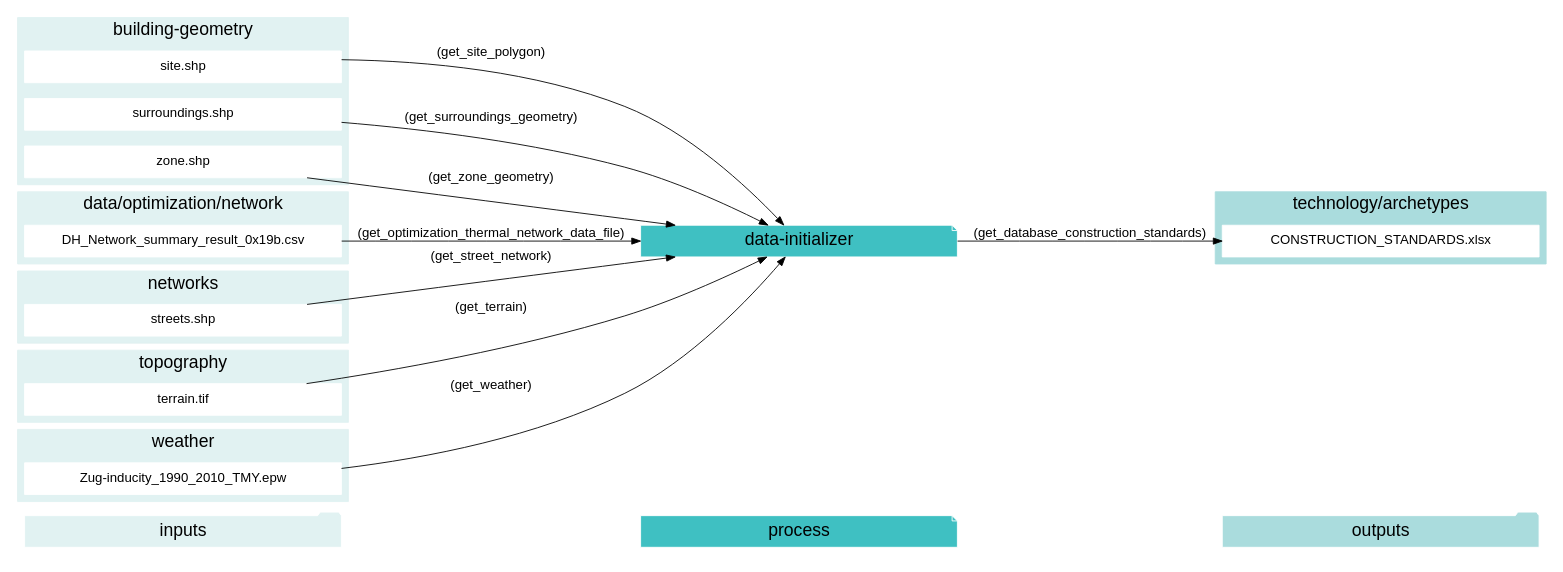
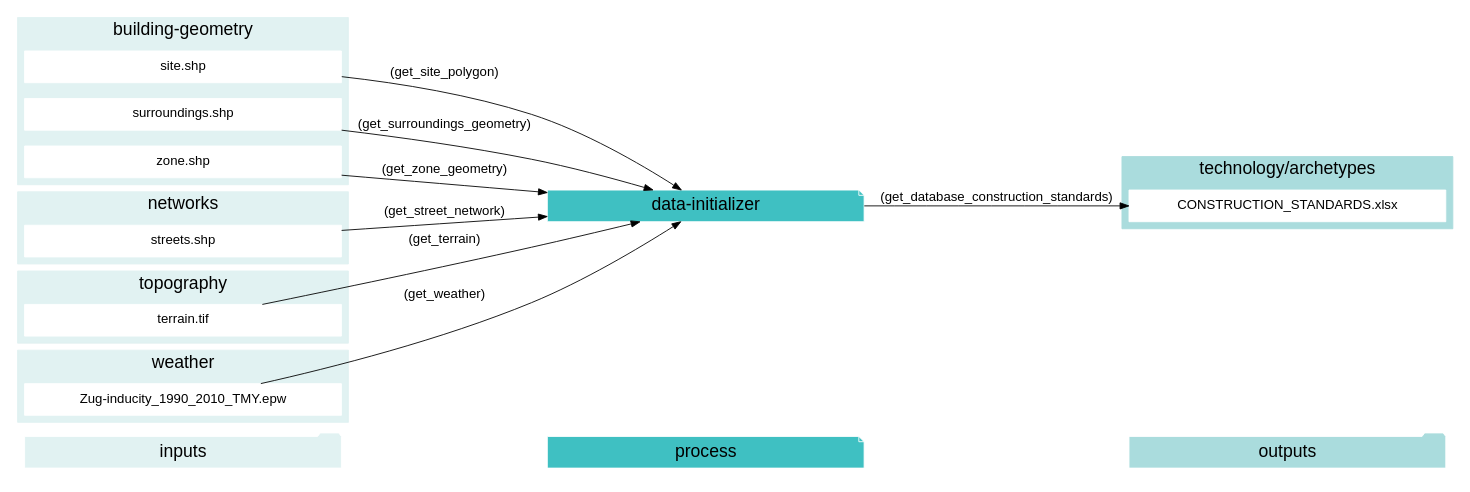
One commit to architecture-building-systems/CityEnergyAnalyst changed the diagram in docs/graphviz/data-initializer.gv. Above: the diagram before and after it, drawn with Graphviz. The commit also changed 25 other files, not shown here.

Commit message:
working on the graphviz output

```diff
--- a/docs/graphviz/data-initializer.gv
+++ b/docs/graphviz/data-initializer.gv
@@ -1,75 +1,66 @@
 digraph trace_inputlocator {
     rankdir="LR";
     graph [overlap=false, fontname=arial];
     node [shape=box, style=filled, color=white, fontsize=15, fontname=arial, fixedsize=true, width=5];
     edge [fontname=arial, fontsize = 15]
     newrank=true
     subgraph cluster_legend {
     fontsize=25
     style=invis
     "process"[style=filled, fillcolor="#3FC0C2", shape=note, fontsize=20, fontname="arial"]
     "inputs" [style=filled, shape=folder, color=white, fillcolor="#E1F2F2", fontsize=20]
     "outputs"[style=filled, shape=folder, color=white, fillcolor="#aadcdd", fontsize=20]
     "inputs"->"process"[style=invis]
     "process"->"outputs"[style=invis]
     }
     "data-initializer"[style=filled, color=white, fillcolor="#3FC0C2", shape=note, fontsize=20, fontname=arial];
     subgraph cluster_0_in {
         style = filled;
         color = "#E1F2F2";
         fontsize = 20;
         rank=same;
         label="building-geometry";
         "site.shp"
         "surroundings.shp"
         "zone.shp"
     }
     subgraph cluster_1_in {
         style = filled;
         color = "#E1F2F2";
         fontsize = 20;
         rank=same;
-        label="data/optimization/network";
-        "DH_Network_summary_result_0x19b.csv"
-    }
-    subgraph cluster_2_in {
-        style = filled;
-        color = "#E1F2F2";
-        fontsize = 20;
-        rank=same;
         label="networks";
         "streets.shp"
     }
-    subgraph cluster_3_out {
+    subgraph cluster_2_out {
         style = filled;
         color = "#aadcdd";
         fontsize = 20;
         rank=same;
         label="technology/archetypes";
         "CONSTRUCTION_STANDARDS.xlsx"
     }
-    subgraph cluster_4_in {
+    subgraph cluster_3_in {
         style = filled;
         color = "#E1F2F2";
         fontsize = 20;
         rank=same;
         label="topography";
         "terrain.tif"
     }
-    subgraph cluster_5_in {
+    subgraph cluster_4_in {
         style = filled;
         color = "#E1F2F2";
         fontsize = 20;
         rank=same;
         label="weather";
         "Zug-inducity_1990_2010_TMY.epw"
     }
-    "DH_Network_summary_result_0x19b.csv" -> "data-initializer"[label="(get_optimization_thermal_network_data_file)"]
     "site.shp" -> "data-initializer"[label="(get_site_polygon)"]
     "streets.shp" -> "data-initializer"[label="(get_street_network)"]
     "surroundings.shp" -> "data-initializer"[label="(get_surroundings_geometry)"]
     "terrain.tif" -> "data-initializer"[label="(get_terrain)"]
     "Zug-inducity_1990_2010_TMY.epw" -> "data-initializer"[label="(get_weather)"]
     "zone.shp" -> "data-initializer"[label="(get_zone_geometry)"]
     "data-initializer" -> "CONSTRUCTION_STANDARDS.xlsx"[label="(get_database_construction_standards)"]
     }
```
